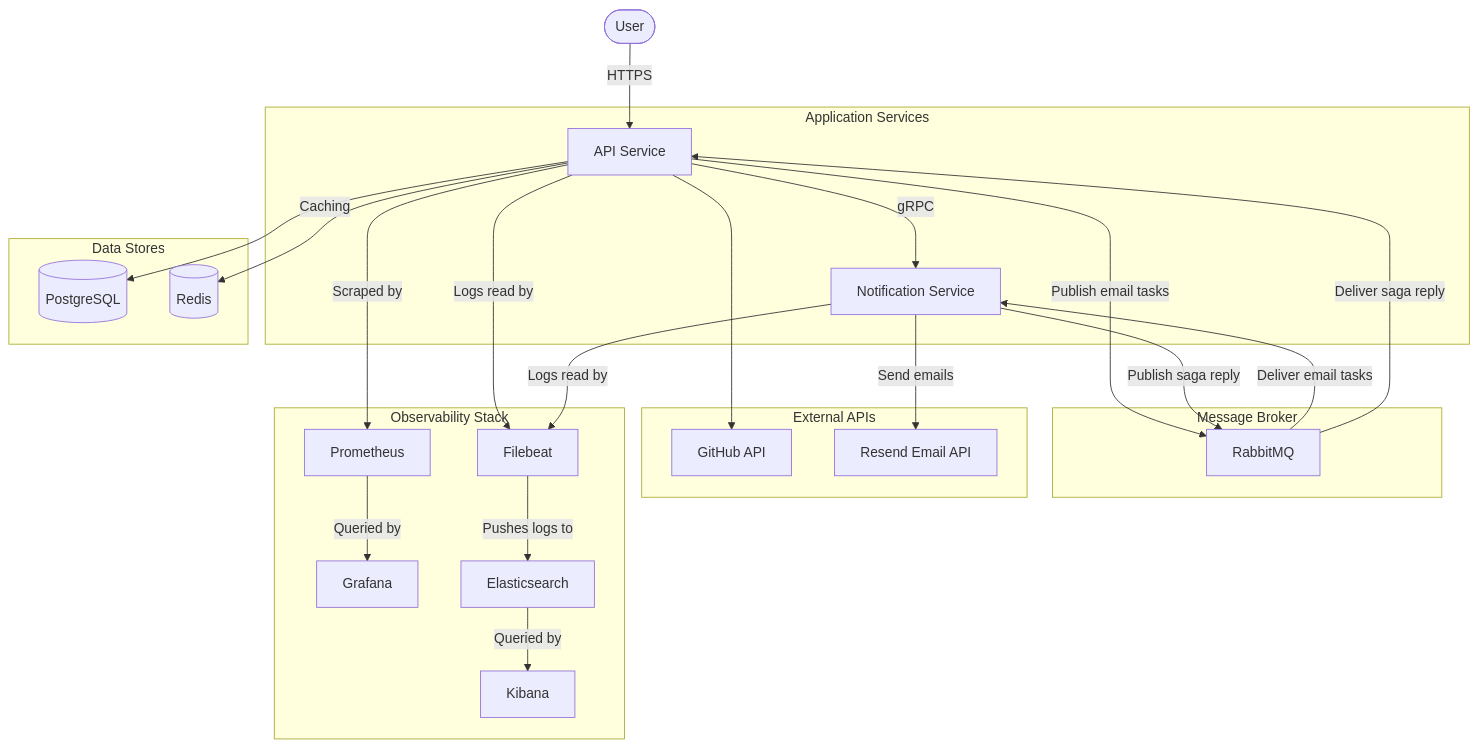
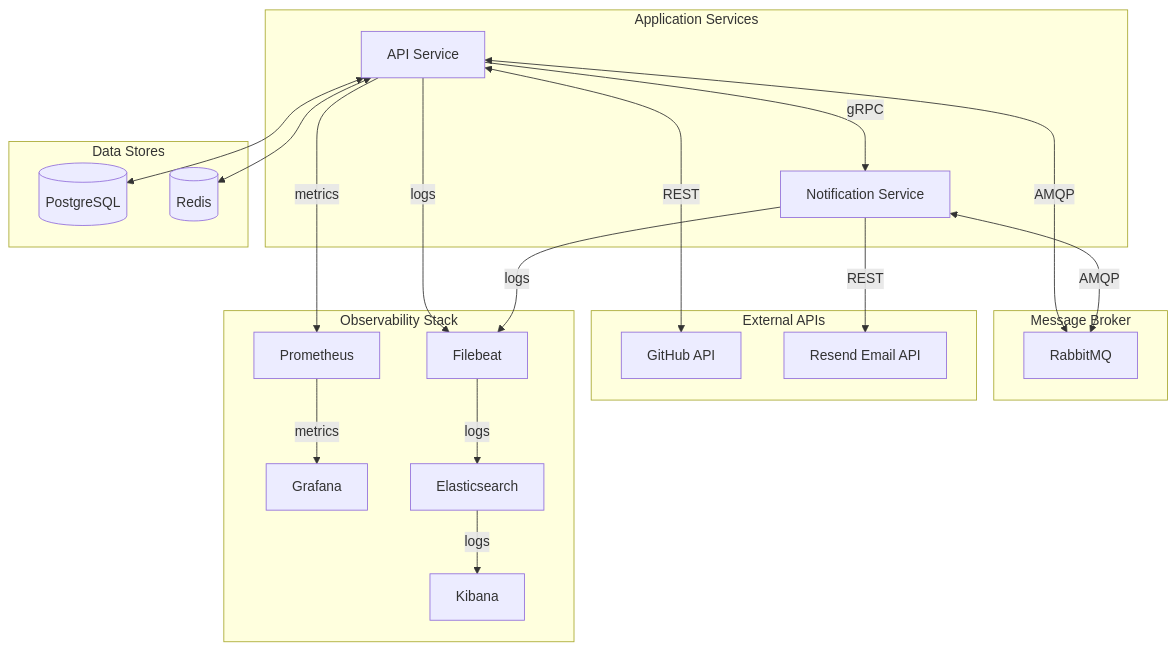
Before and after one commit to GenesisEducationKyiv/software-engineering-school-6-0-03102909: the first of 3 diagrams in docs/architecture.md, drawn with Mermaid. The commit also changed other lines of this file, not shown here.

Commit message:
docs: split overview diagram into infrastructure and user flow

````diff
--- a/docs/architecture.md
+++ b/docs/architecture.md
@@ -11,51 +13,44 @@
 ```mermaid
 flowchart TD
-    User([User])
-
     subgraph Application["Application Services"]
         API["API Service"]
         Notification["Notification Service"]
     end
 
     subgraph Data_Stores["Data Stores"]
         Postgres[(PostgreSQL)]
         Redis[(Redis)]
     end
 
     subgraph Broker["Message Broker"]
         RabbitMQ["RabbitMQ"]
     end
 
     subgraph External["External APIs"]
         GitHub["GitHub API"]
         Resend["Resend Email API"]
     end
 
     subgraph Observability["Observability Stack"]
         Prometheus["Prometheus"]
         Grafana["Grafana"]
         Elasticsearch["Elasticsearch"]
         Kibana["Kibana"]
         Filebeat["Filebeat"]
     end
 
-    User -->|HTTPS| API
+    API <--> Postgres
+    API <--> Redis
+    API -->|gRPC| Notification
+    API <-->|REST| GitHub
+    API <-->|AMQP| RabbitMQ
+    Notification <-->|AMQP| RabbitMQ
+    Notification -->|REST| Resend
 
-    API --> Postgres
-    API -->|Caching| Redis
-    API -->|gRPC| Notification
-    API --> GitHub
-
-    API -->|Publish email tasks| RabbitMQ
-    RabbitMQ -->|Deliver email tasks| Notification
-    Notification -->|Publish saga reply| RabbitMQ
-    RabbitMQ -->|Deliver saga reply| API
-    Notification -->|Send emails| Resend
-
-    API -->|Scraped by| Prometheus
-    Prometheus -->|Queried by| Grafana
-    API -->|Logs read by| Filebeat
-    Notification -->|Logs read by| Filebeat
-    Filebeat -->|Pushes logs to| Elasticsearch
-    Elasticsearch -->|Queried by| Kibana
+    API -->|metrics| Prometheus
+    Prometheus -->|metrics| Grafana
+    API -->|logs| Filebeat
+    Notification -->|logs| Filebeat
+    Filebeat -->|logs| Elasticsearch
+    Elasticsearch -->|logs| Kibana
 ```
````
